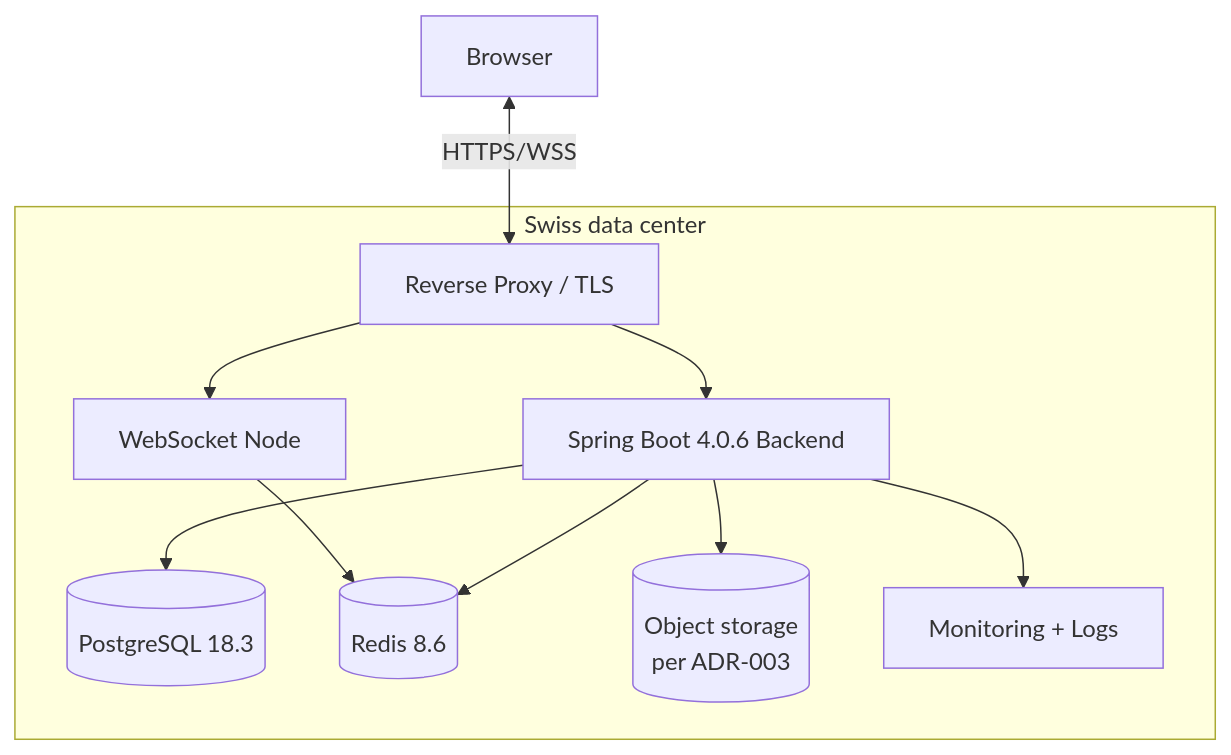
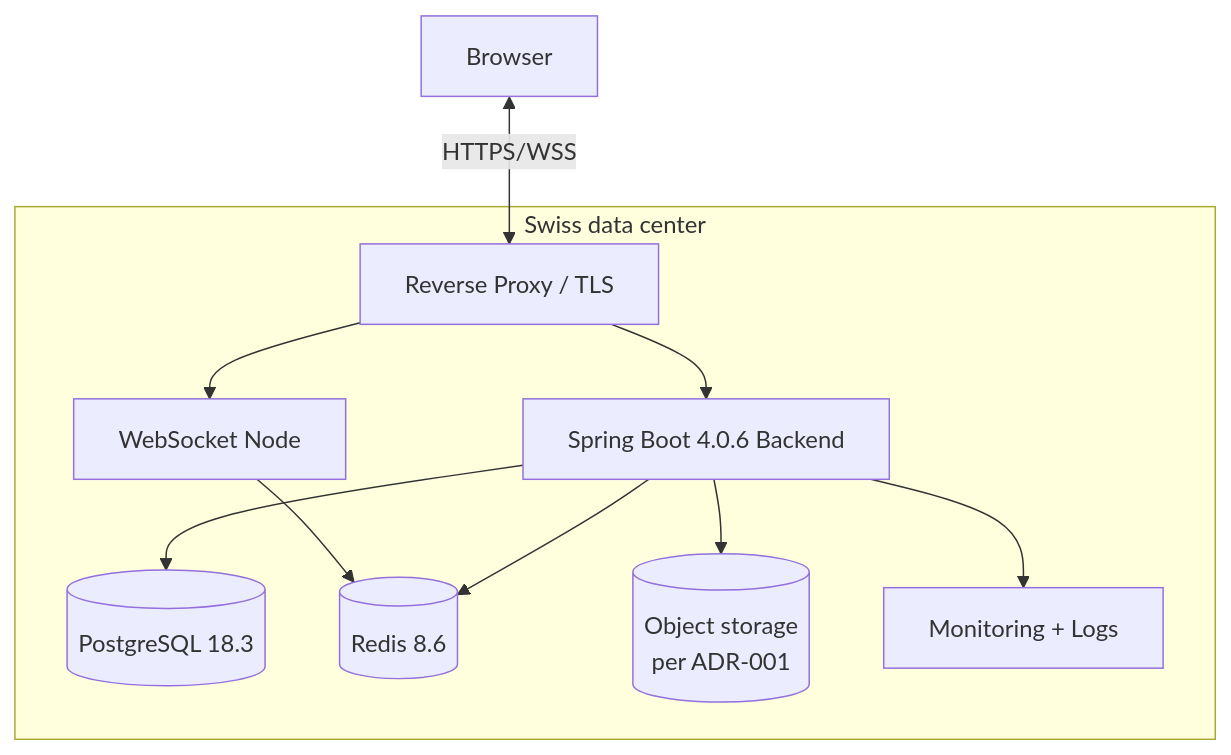
The tenth of 11 diagrams in docs/architecture/arc42.md (patbaumgartner/numnia), drawn with Mermaid before and after one commit. The commit also changed other lines of this file and 20 other files, not shown here.

````diff
--- a/docs/architecture/arc42.md
+++ b/docs/architecture/arc42.md
@@ -341,20 +341,20 @@
 ```mermaid
 flowchart TB
     subgraph CH-RZ[Swiss data center]
         LB[Reverse Proxy / TLS]
         App[Spring Boot 4.0.6 Backend]
         WS[WebSocket Node]
         Pg[(PostgreSQL 18.3)]
         Rd[(Redis 8.6)]
-        Mn[(Object storage<br/>per ADR-003)]
+        Mn[(Object storage<br/>per ADR-001)]
         Mon[Monitoring + Logs]
     end
     Browser <--HTTPS/WSS--> LB
     LB --> App
     LB --> WS
     App --> Pg
     App --> Rd
     WS --> Rd
     App --> Mn
     App --> Mon
 ```
````
